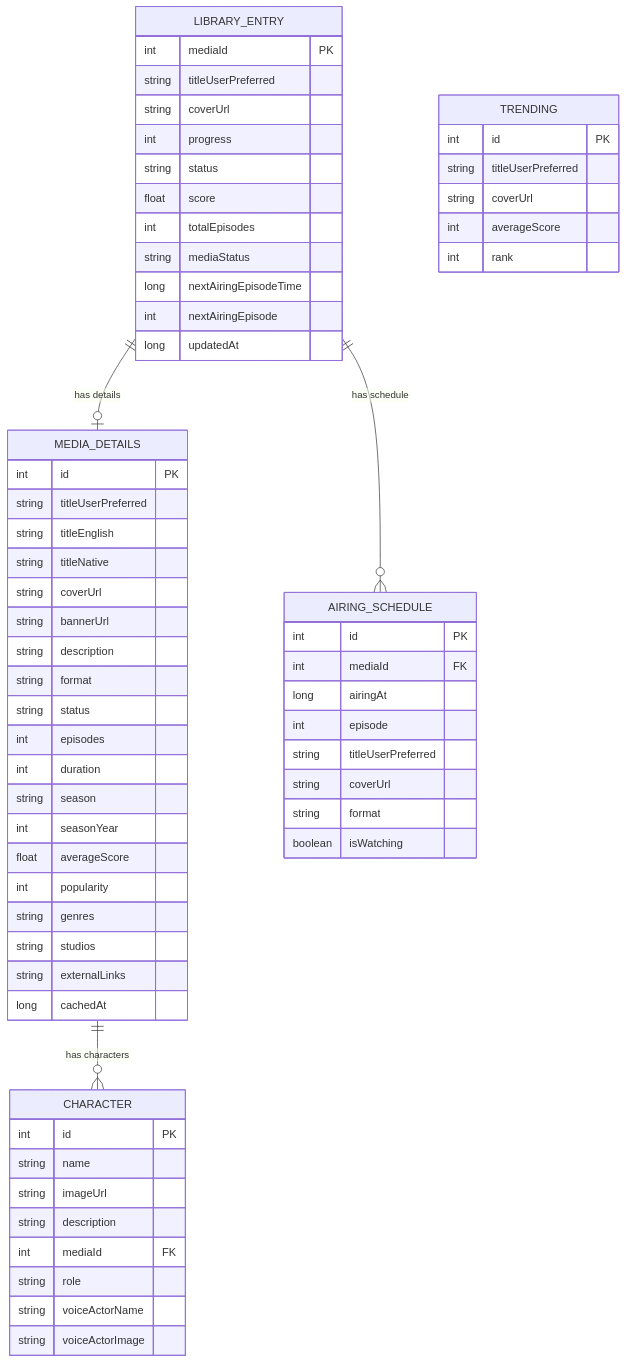
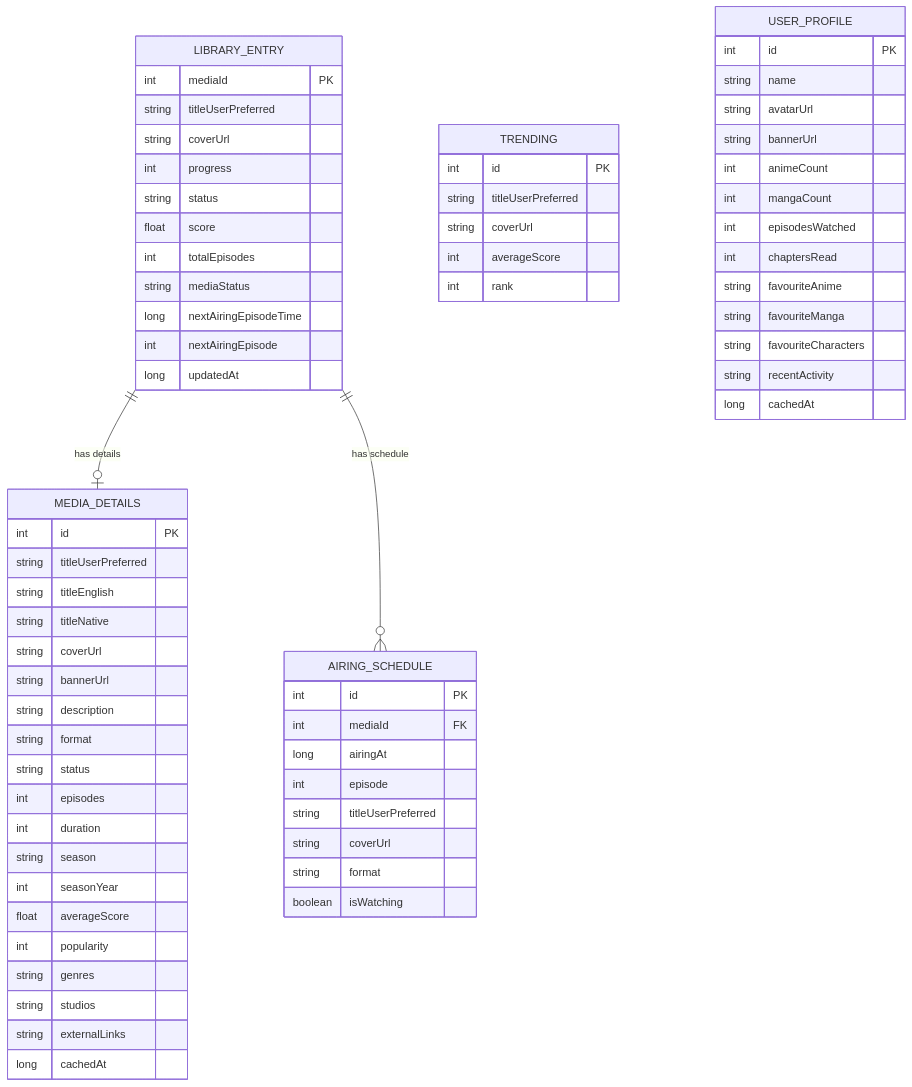
The first of 2 diagrams in docs/DATABASE.md (Marco-9456/AniSync), drawn with Mermaid before and after one commit. The commit also changed other lines of this file and 10 other files, not shown here.

````diff
--- a/docs/DATABASE.md
+++ b/docs/DATABASE.md
@@ -52,72 +52,76 @@
 ```mermaid
 erDiagram
     LIBRARY_ENTRY {
         int mediaId PK
         string titleUserPreferred
         string coverUrl
         int progress
         string status
         float score
         int totalEpisodes
         string mediaStatus
         long nextAiringEpisodeTime
         int nextAiringEpisode
         long updatedAt
     }
 
     MEDIA_DETAILS {
         int id PK
         string titleUserPreferred
         string titleEnglish
         string titleNative
         string coverUrl
         string bannerUrl
         string description
         string format
         string status
         int episodes
         int duration
         string season
         int seasonYear
         float averageScore
         int popularity
         string genres
         string studios
         string externalLinks
         long cachedAt
     }
 
     AIRING_SCHEDULE {
         int id PK
         int mediaId FK
         long airingAt
         int episode
         string titleUserPreferred
         string coverUrl
         string format
         boolean isWatching
     }
 
     TRENDING {
         int id PK
         string titleUserPreferred
         string coverUrl
         int averageScore
         int rank
     }
 
-    CHARACTER {
+    USER_PROFILE {
         int id PK
         string name
-        string imageUrl
-        string description
-        int mediaId FK
-        string role
-        string voiceActorName
-        string voiceActorImage
+        string avatarUrl
+        string bannerUrl
+        int animeCount
+        int mangaCount
+        int episodesWatched
+        int chaptersRead
+        string favouriteAnime
+        string favouriteManga
+        string favouriteCharacters
+        string recentActivity
+        long cachedAt
     }
 
     LIBRARY_ENTRY ||--o| MEDIA_DETAILS : "has details"
-    MEDIA_DETAILS ||--o{ CHARACTER : "has characters"
     LIBRARY_ENTRY ||--o{ AIRING_SCHEDULE : "has schedule"
 ```
````
